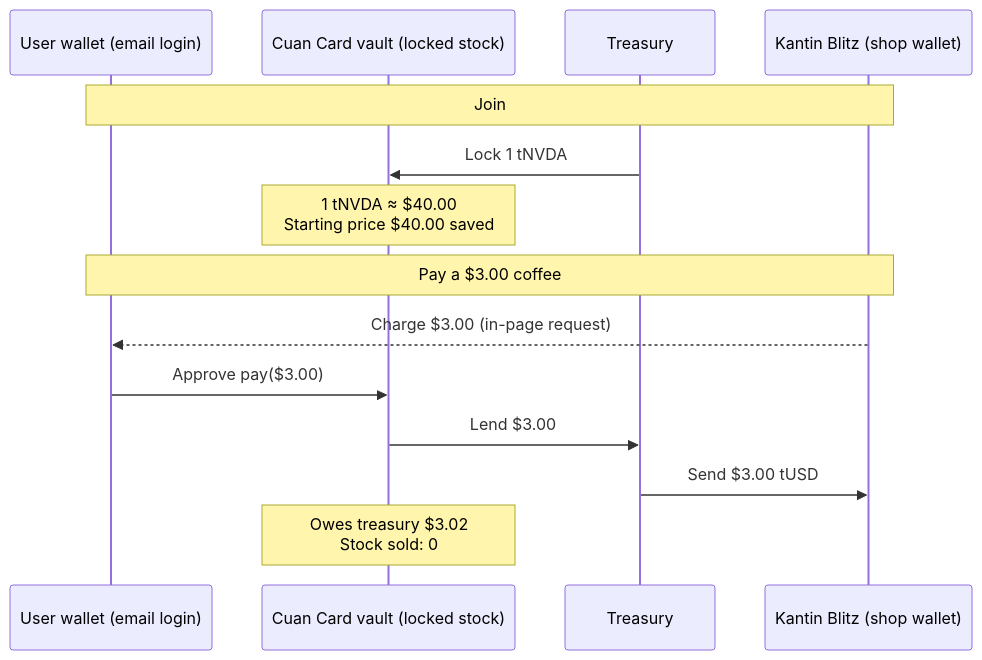
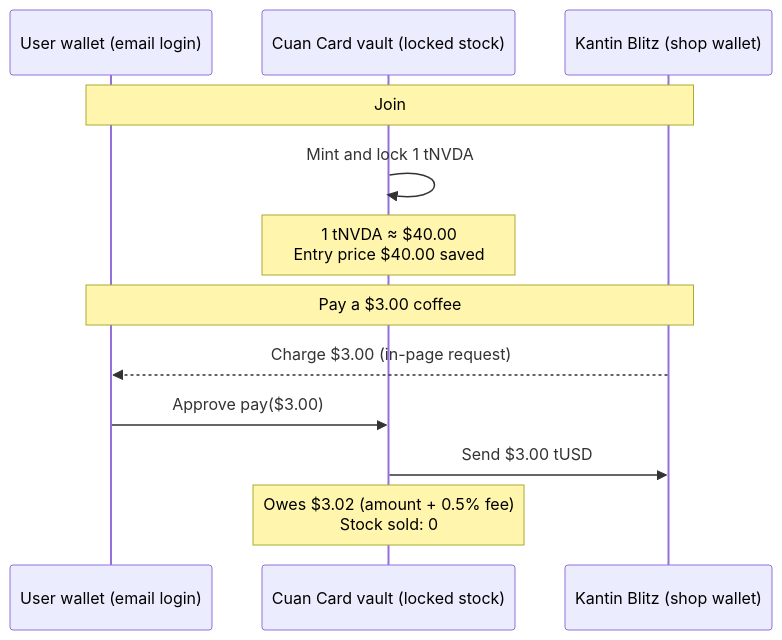
One commit to CuanLater/CuanLater changed the first of 2 diagrams in README.md. Above: the diagram before and after it, drawn with Mermaid. The commit also changed other lines of this file, not shown here.

Commit message:
docs: add shared Privy app ID and correct flow diagrams

````diff
--- a/README.md
+++ b/README.md
@@ -28,18 +28,16 @@
 ```mermaid
 sequenceDiagram
     participant U as User wallet (email login)
     participant V as Cuan Card vault (locked stock)
-    participant T as Treasury
     participant S as Kantin Blitz (shop wallet)
 
     Note over U,S: Join
-    T->>V: Lock 1 tNVDA
-    Note over V: 1 tNVDA ≈ $40.00<br/>Starting price $40.00 saved
+    V->>V: Mint and lock 1 tNVDA
+    Note over V: 1 tNVDA ≈ $40.00<br/>Entry price $40.00 saved
 
     Note over U,S: Pay a $3.00 coffee
     S-->>U: Charge $3.00 (in-page request)
     U->>V: Approve pay($3.00)
-    V->>T: Lend $3.00
-    T->>S: Send $3.00 tUSD
-    Note over V: Owes treasury $3.02<br/>Stock sold: 0
+    V->>S: Send $3.00 tUSD
+    Note over V: Owes $3.02 (amount + 0.5% fee)<br/>Stock sold: 0
 ```
````
